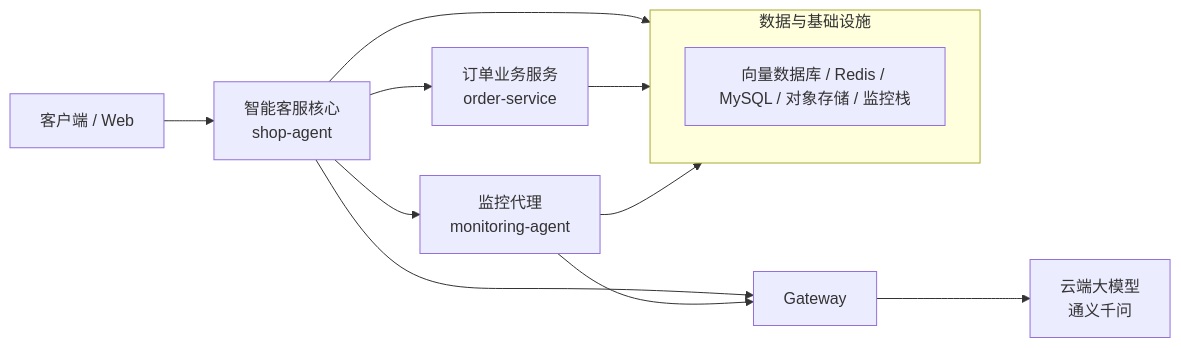
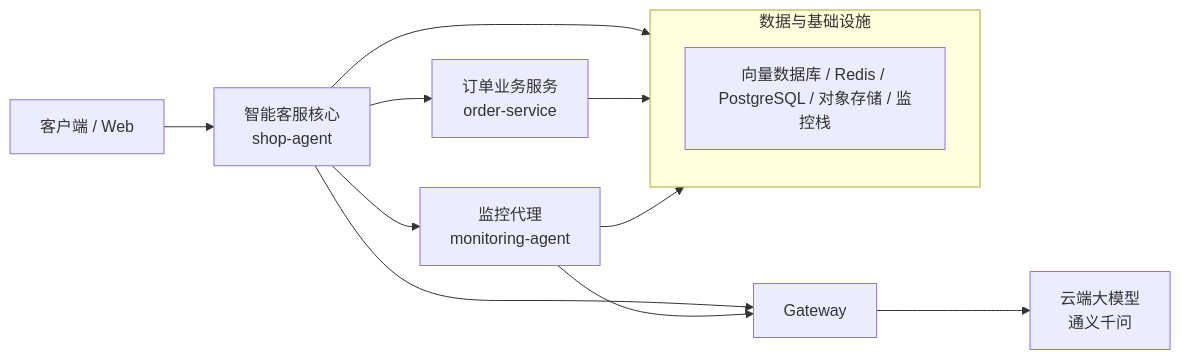
The first of 2 diagrams in README.md (tantan1/shop-agent), drawn with Mermaid before and after one commit. The commit also changed other lines of this file and 149 other files, not shown here.

````diff
--- a/README.md
+++ b/README.md
@@ -7,21 +7,21 @@
 ```mermaid
 flowchart LR
     Client[客户端 / Web] --> ShopAgent[智能客服核心<br/>shop-agent]
     
     ShopAgent --> OrderService[订单业务服务<br/>order-service]
     ShopAgent --> Monitoring[监控代理<br/>monitoring-agent]
     
     ShopAgent --> Gateway
     Monitoring --> Gateway
     
     Gateway --> LLM[云端大模型<br/>通义千问]
     
     subgraph 数据与基础设施
         direction TB
-        Infra[向量数据库 / Redis / MySQL / 对象存储 / 监控栈]
+        Infra[向量数据库 / Redis / PostgreSQL / 对象存储 / 监控栈]
     end
     
     ShopAgent --> Infra
     OrderService --> Infra
     Monitoring --> Infra
 ```
````
